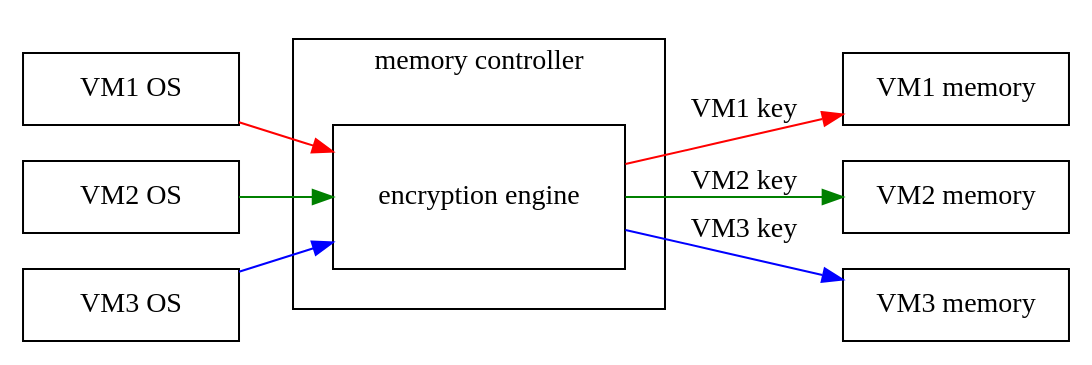
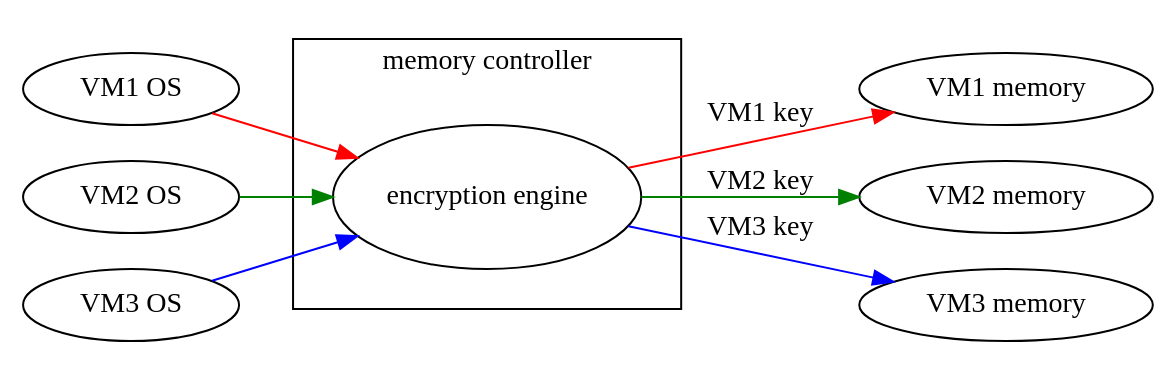
One commit to fengharry/draw changed the diagram in memory_encryption.gv. Above: the diagram before and after it, drawn with Graphviz. The commit also changed 17 other files, not shown here.

```diff
--- a/memory_encryption.gv
+++ b/memory_encryption.gv
@@ -1,26 +1,26 @@
-digraph memory_encryption
+digraph hello
 {
-	node[shape = box; width = 1.5];
-	rankdir = LR;
+	graph[rankdir = LR];
+	node[width = 1.5;];
 
 	subgraph cluster0
 	{
 		label  = "memory controller"; margin = 20;
 		encryption_engine[label = "encryption engine"; height = 1];
 		
 	}
 	
 	os1[label = "VM1 OS"];
 	os2[label = "VM2 OS"];
 	os3[label = "VM3 OS"];
 	DRAM1[label = "VM1 memory"];
 	DRAM2[label = "VM2 memory"];
 	DRAM3[label = "VM3 memory"];
 
 	os1 -> encryption_engine[color = red];
 	os2 -> encryption_engine[color = green];
 	os3 -> encryption_engine[color = blue];
 	encryption_engine -> DRAM1[label = "VM1 key"; color = red];
 	encryption_engine -> DRAM2[label = "VM2 key"; color = green];
 	encryption_engine -> DRAM3[label = "VM3 key"; color = blue];
 }
```
